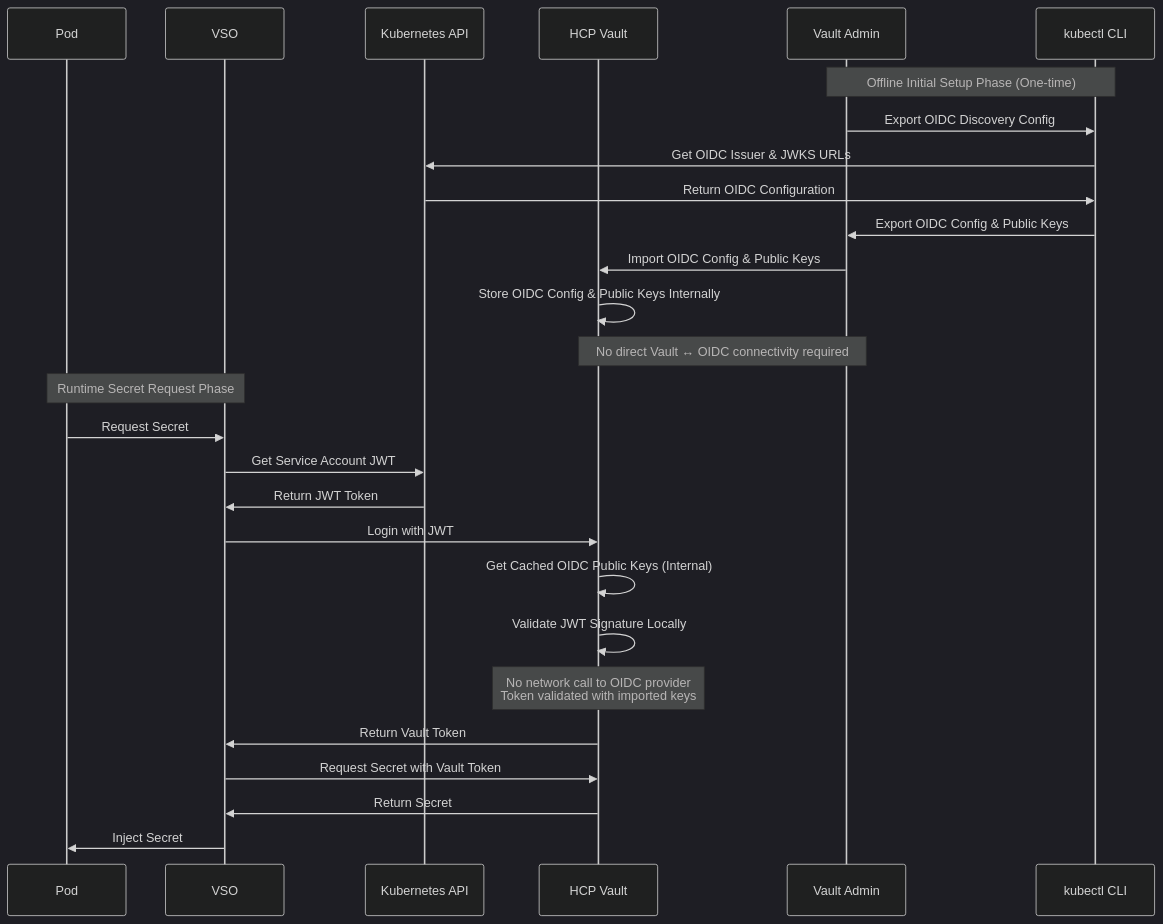
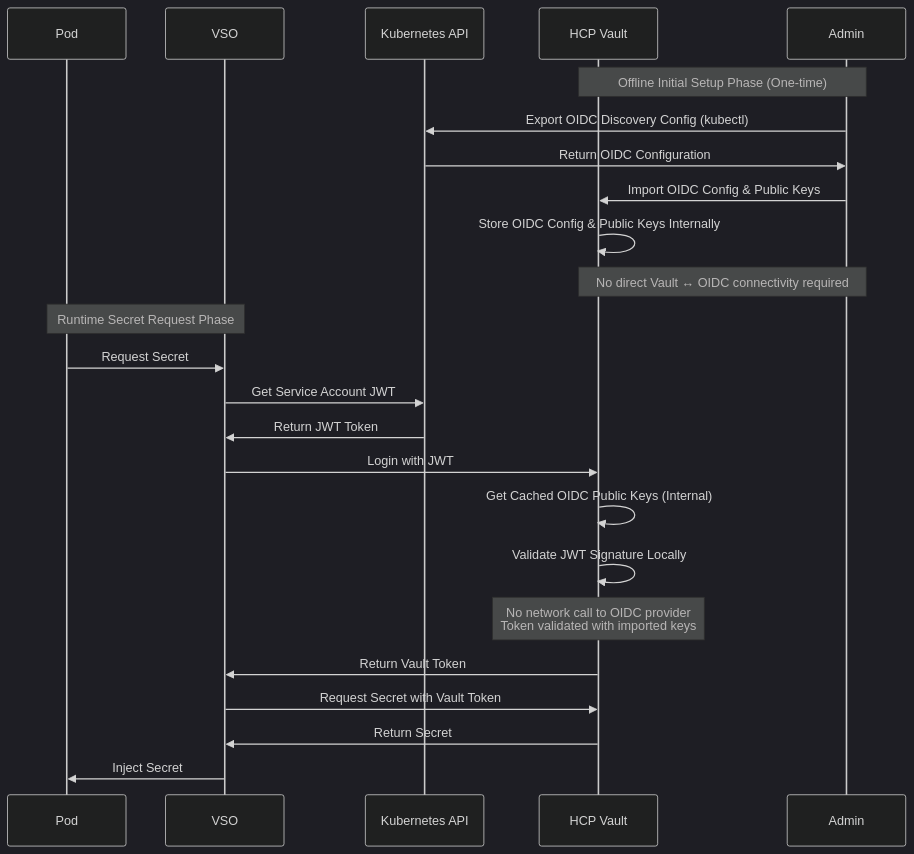
One commit to ucbabu/hcp-vault changed the fourth of 4 diagrams in docs/kubernetes-integration-guide.md. Above: the diagram before and after it, drawn with Mermaid (dark theme).

Commit message:
fix jwt auth

````diff
--- a/docs/kubernetes-integration-guide.md
+++ b/docs/kubernetes-integration-guide.md
@@ -136,31 +136,28 @@
 ```mermaid
 sequenceDiagram
     participant Pod
     participant VSO
     participant K8sAPI as Kubernetes API
     participant Vault as HCP Vault
-    participant Admin as Vault Admin
-    participant kubectl as kubectl CLI
+    participant Admin
     
-    Note over Admin,kubectl: Offline Initial Setup Phase (One-time)
-    Admin->>kubectl: Export OIDC Discovery Config
-    kubectl->>K8sAPI: Get OIDC Issuer & JWKS URLs
-    K8sAPI->>kubectl: Return OIDC Configuration
-    kubectl->>Admin: Export OIDC Config & Public Keys
+    Note over Admin,Vault: Offline Initial Setup Phase (One-time)
+    Admin->>K8sAPI: Export OIDC Discovery Config (kubectl)
+    K8sAPI->>Admin: Return OIDC Configuration
     Admin->>Vault: Import OIDC Config & Public Keys
     Vault->>Vault: Store OIDC Config & Public Keys Internally
     Note over Admin,Vault: No direct Vault ↔ OIDC connectivity required
     
     Note over Pod,VSO: Runtime Secret Request Phase
     Pod->>VSO: Request Secret
     VSO->>K8sAPI: Get Service Account JWT
     K8sAPI->>VSO: Return JWT Token
     VSO->>Vault: Login with JWT
     Vault->>Vault: Get Cached OIDC Public Keys (Internal)
     Vault->>Vault: Validate JWT Signature Locally
     Note over Vault: No network call to OIDC provider<br/>Token validated with imported keys
     Vault->>VSO: Return Vault Token
     VSO->>Vault: Request Secret with Vault Token
     Vault->>VSO: Return Secret
     VSO->>Pod: Inject Secret
 ```
````
